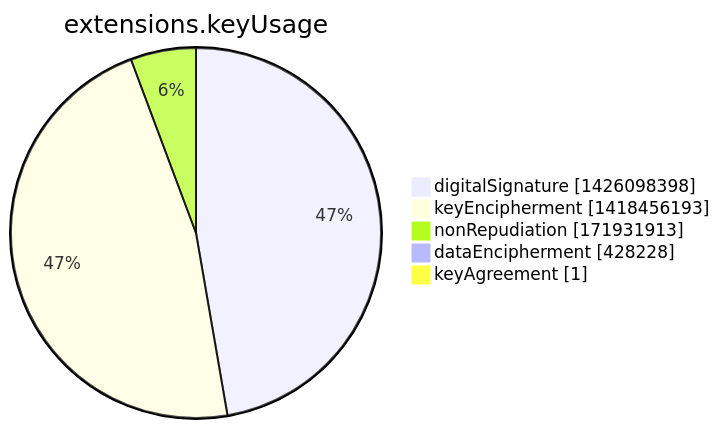
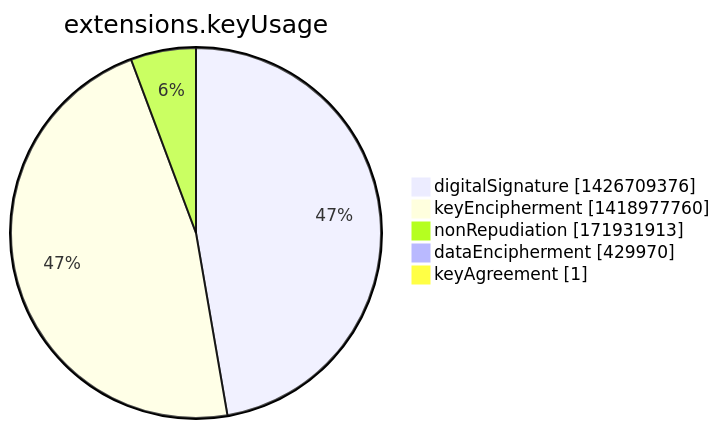
One commit to christiankrug/ctmonitor_visualization changed the seventh of 15 diagrams in argon2022/README.md. Above: the diagram before and after it, drawn with Mermaid. The commit also changed other lines of this file, not shown here.

````diff
--- a/argon2022/README.md
+++ b/argon2022/README.md
@@ -2751,9 +2751,9 @@
 ```mermaid
 pie showData
 title extensions.keyUsage
-"digitalSignature" :1426098398
-"keyEncipherment" :1418456193
+"digitalSignature" :1426709376
+"keyEncipherment" :1418977760
 "nonRepudiation" :171931913
-"dataEncipherment" :428228
+"dataEncipherment" :429970
 "keyAgreement" :1
 ```
````
